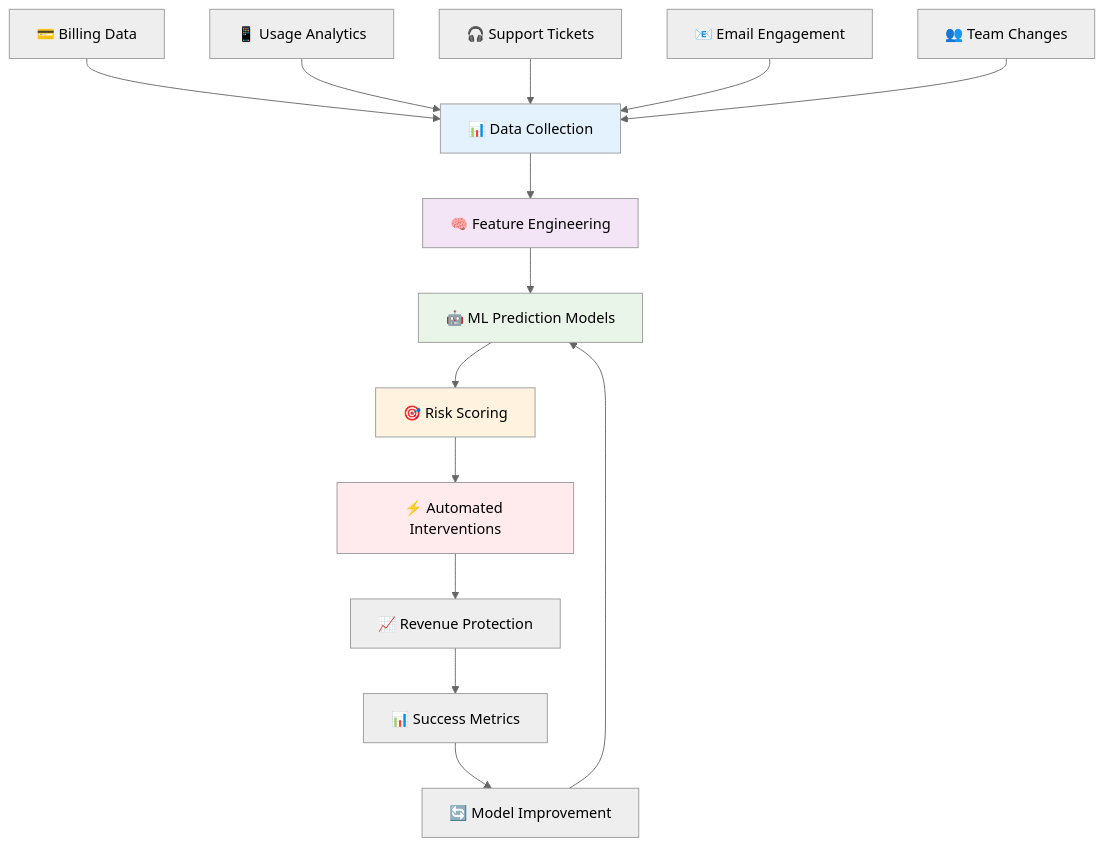
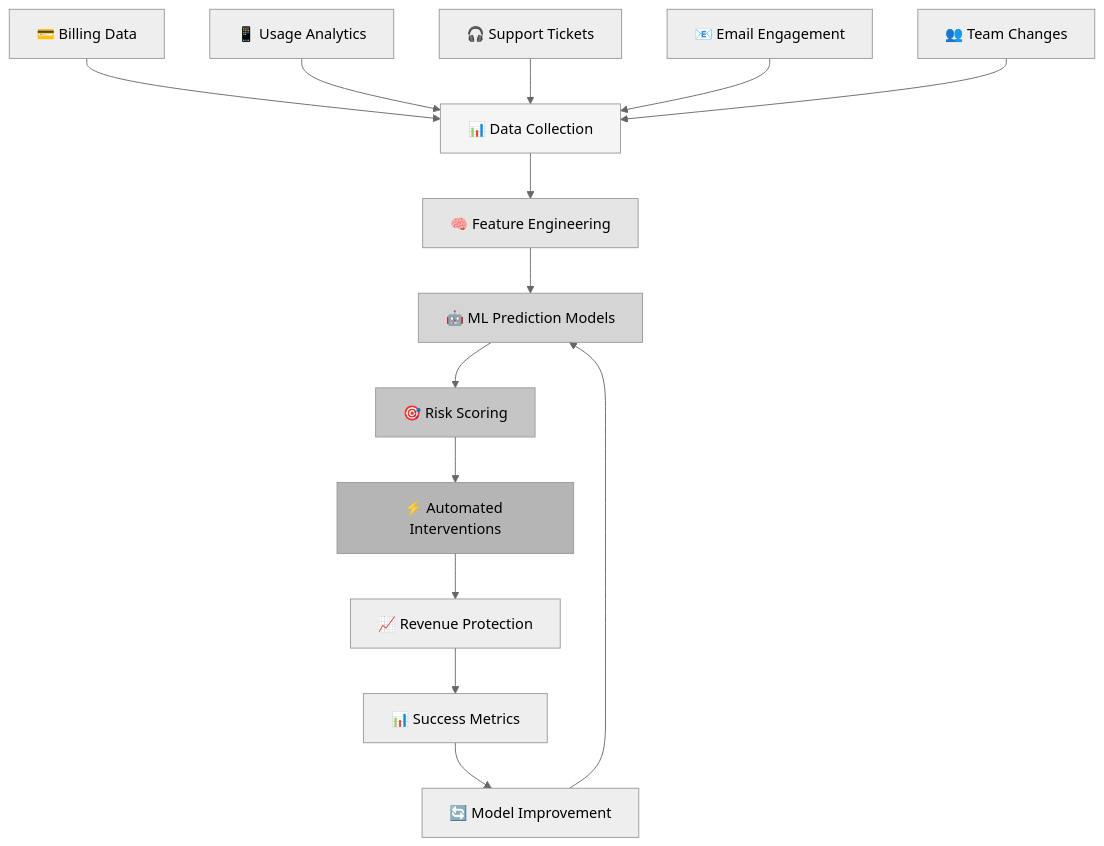
One commit to fedorkriuk/the-hook-lab changed the first of 2 diagrams in README.md. Above: the diagram before and after it, drawn with Mermaid (neutral theme). The commit also changed other lines of this file, not shown here.

````diff
--- a/README.md
+++ b/README.md
@@ -27,24 +27,24 @@
 ```mermaid
 graph TD
     A[📊 Data Collection] --> B[🧠 Feature Engineering]
     B --> C[🤖 ML Prediction Models]
     C --> D[🎯 Risk Scoring]
     D --> E[⚡ Automated Interventions]
     
     A1[💳 Billing Data] --> A
     A2[📱 Usage Analytics] --> A
     A3[🎧 Support Tickets] --> A
     A4[📧 Email Engagement] --> A
     A5[👥 Team Changes] --> A
     
     E --> F[📈 Revenue Protection]
     F --> G[📊 Success Metrics]
     G --> H[🔄 Model Improvement]
     H --> C
     
-    style A fill:#e3f2fd
-    style B fill:#f3e5f5
-    style C fill:#e8f5e8
-    style D fill:#fff3e0
-    style E fill:#ffebee
+    style A fill:#f5f5f5
+    style B fill:#e5e5e5
+    style C fill:#d5d5d5
+    style D fill:#c5c5c5
+    style E fill:#b5b5b5
 ```
````
